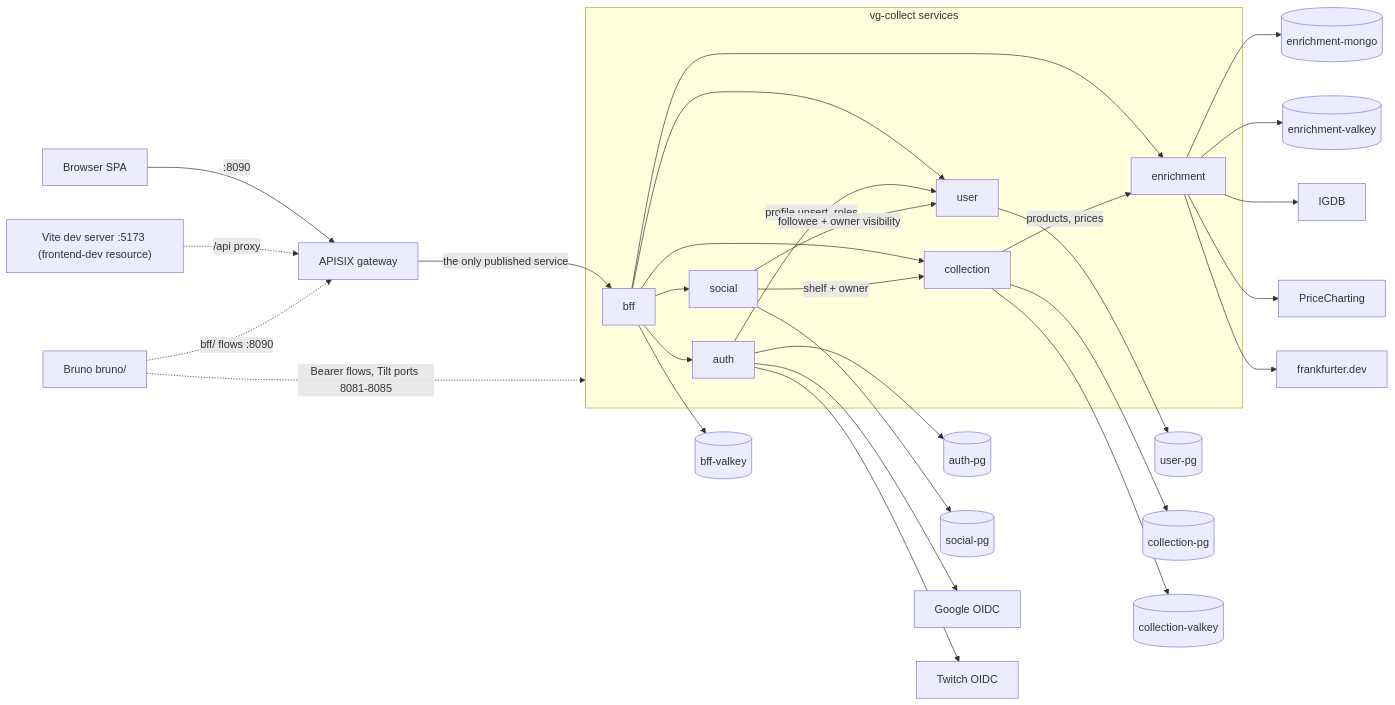
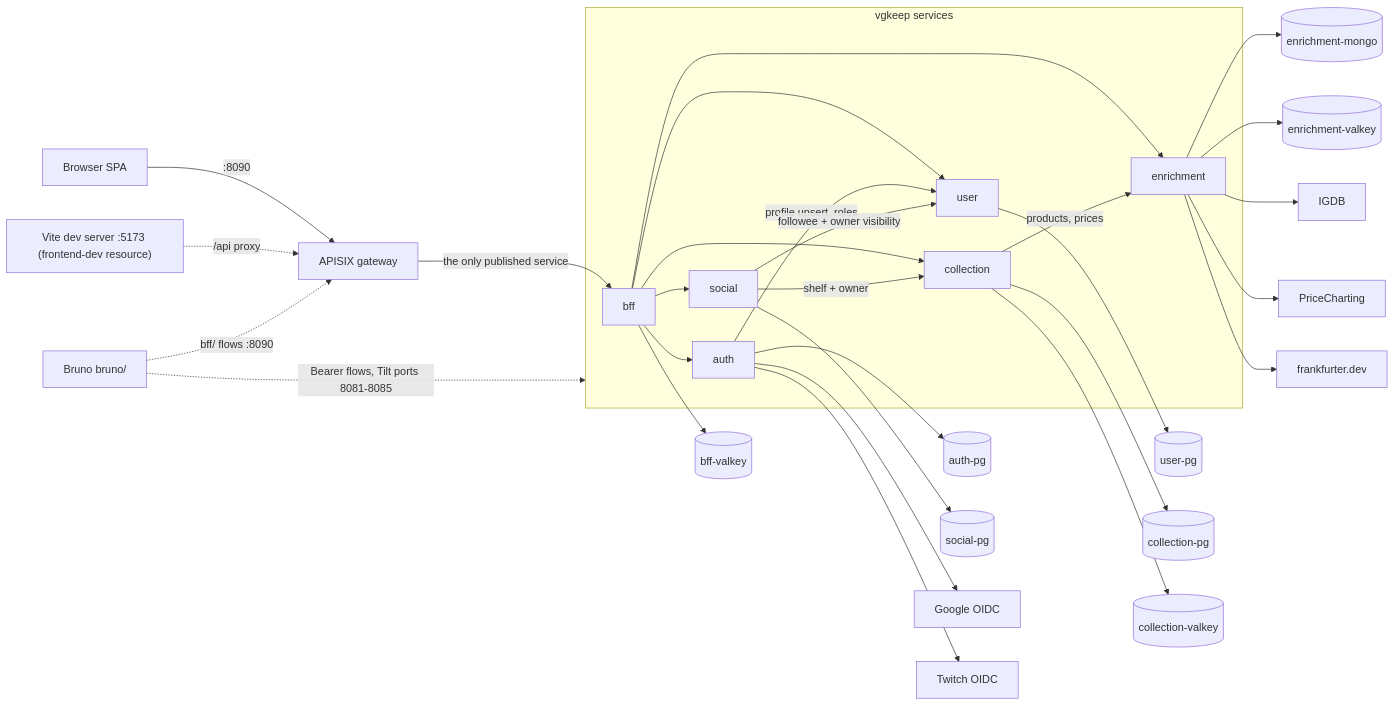
The first of 2 diagrams in docs/runbooks/stack.md (levonn-dev/vg-collect), drawn with Mermaid before and after one commit. The commit also changed other lines of this file and 212 other files, not shown here.

Commit message:
chore: rename project vg-collect -> vgkeep

````diff
--- a/docs/runbooks/stack.md
+++ b/docs/runbooks/stack.md
@@ -22,32 +22,32 @@
 ```mermaid
 graph LR
-    subgraph services[vg-collect services]
+    subgraph services[vgkeep services]
         bff --> auth
         bff --> user
         bff --> collection
         bff --> enrichment
         bff --> social
         auth -->|"profile upsert, roles"| user
         collection -->|"products, prices"| enrichment
         social -->|"shelf + owner"| collection
         social -->|"followee + owner visibility"| user
     end
     browser[Browser SPA] -->|:8090| apisix[APISIX gateway]
     vite["Vite dev server :5173 (frontend-dev resource)"] -.->|"/api proxy"| apisix
     bruno["Bruno bruno/"] -.->|"bff/ flows :8090"| apisix
     bruno -.->|"Bearer flows, Tilt ports 8081-8085"| services
     apisix -->|"the only published service"| bff
     auth --> authpg[(auth-pg)]
     user --> userpg[(user-pg)]
     bff --> bffvalkey[(bff-valkey)]
     collection --> collectionpg[(collection-pg)]
     collection --> collectionvalkey[(collection-valkey)]
     social --> socialpg[(social-pg)]
     enrichment --> mongo[(enrichment-mongo)]
     enrichment --> enrichmentvalkey[(enrichment-valkey)]
     auth --> google[Google OIDC]
     auth --> twitch[Twitch OIDC]
     enrichment --> igdb[IGDB]
     enrichment --> pricecharting[PriceCharting]
     enrichment --> fx[frankfurter.dev]
 ```
````
